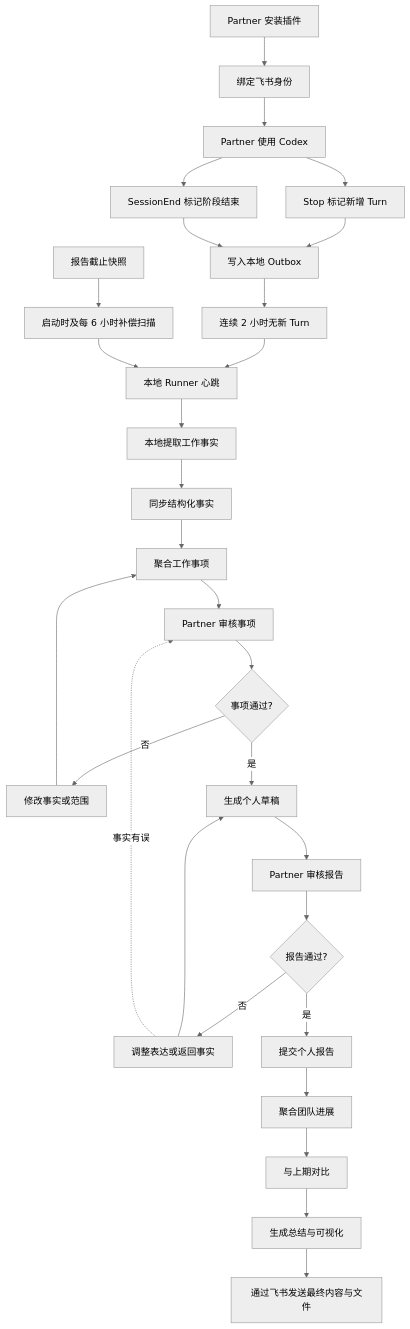
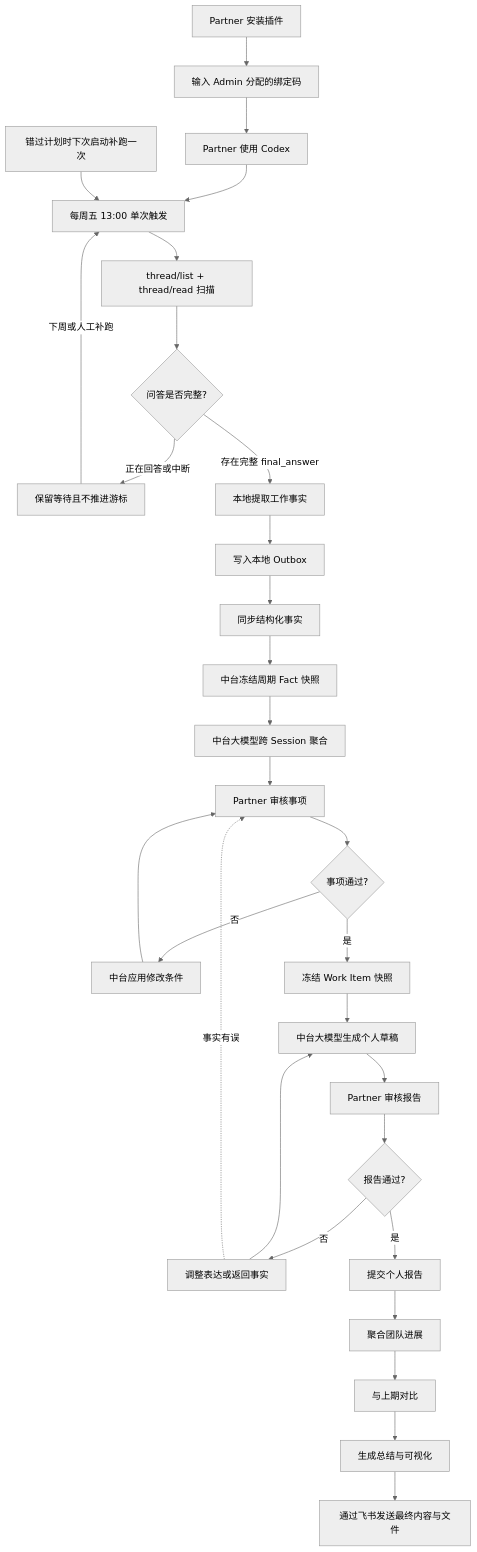
Before and after one commit to saul-LinY/partner-report-agent: the first of 2 diagrams in docs/PRD.md, drawn with Mermaid (neutral theme). The commit also changed other lines of this file and 68 other files, not shown here.

Commit message:
Build weekly Partner Report platform and Codex plugin

````diff
--- a/docs/PRD.md
+++ b/docs/PRD.md
@@ -251,42 +297,42 @@
 ```mermaid
 flowchart TD
     install[Partner 安装插件]
-    bind[绑定飞书身份]
+    bind[输入 Admin 分配的绑定码]
     session[Partner 使用 Codex]
-    stopHook[Stop 标记新增 Turn]
-    sessionEnd[SessionEnd 标记阶段结束]
-    quietWindow[连续 2 小时无新 Turn]
-    localRunner[本地 Runner 心跳]
-    scheduledScan[启动时及每 6 小时补偿扫描]
-    cutoffScan[报告截止快照]
+    weeklyRun[每周五 13:00 单次触发]
+    scheduledScan[thread/list + thread/read 扫描]
+    completeTurn{问答是否完整?}
+    pendingTurn[保留等待且不推进游标]
+    catchup[错过计划时下次启动补跑一次]
     queue[写入本地 Outbox]
     extract[本地提取工作事实]
     sync[同步结构化事实]
-    aggregate[聚合工作事项]
+    cutoffSnapshot[中台冻结周期 Fact 快照]
+    aggregate[中台大模型跨 Session 聚合]
     itemReview[Partner 审核事项]
     itemApproved{事项通过?}
-    itemModify[修改事实或范围]
-    reportDraft[生成个人草稿]
+    itemModify[中台应用修改条件]
+    itemSnapshot[冻结 Work Item 快照]
+    reportDraft[中台大模型生成个人草稿]
     reportReview[Partner 审核报告]
     reportApproved{报告通过?}
     reportModify[调整表达或返回事实]
     submit[提交个人报告]
     teamAggregate[聚合团队进展]
     compare[与上期对比]
     teamReport[生成总结与可视化]
     deliver[通过飞书发送最终内容与文件]
 
     install --> bind --> session
-    session --> stopHook --> queue
-    session --> sessionEnd --> queue
-    queue --> quietWindow --> localRunner
-    scheduledScan --> localRunner
-    cutoffScan --> scheduledScan
-    localRunner --> extract --> sync --> aggregate
+    session --> weeklyRun --> scheduledScan --> completeTurn
+    catchup --> weeklyRun
+    completeTurn -->|正在回答或中断| pendingTurn
+    pendingTurn -->|下周或人工补跑| weeklyRun
+    completeTurn -->|存在完整 final_answer| extract --> queue --> sync --> cutoffSnapshot --> aggregate
     aggregate --> itemReview --> itemApproved
-    itemApproved -->|否| itemModify --> aggregate
-    itemApproved -->|是| reportDraft --> reportReview --> reportApproved
+    itemApproved -->|否| itemModify --> itemReview
+    itemApproved -->|是| itemSnapshot --> reportDraft --> reportReview --> reportApproved
     reportApproved -->|否| reportModify --> reportDraft
     reportModify -.->|事实有误| itemReview
     reportApproved -->|是| submit --> teamAggregate --> compare --> teamReport --> deliver
 ```
````
